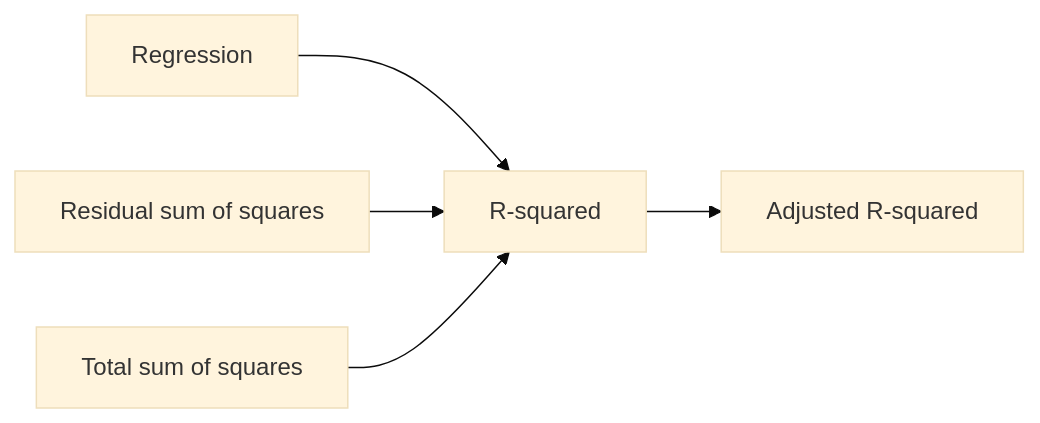
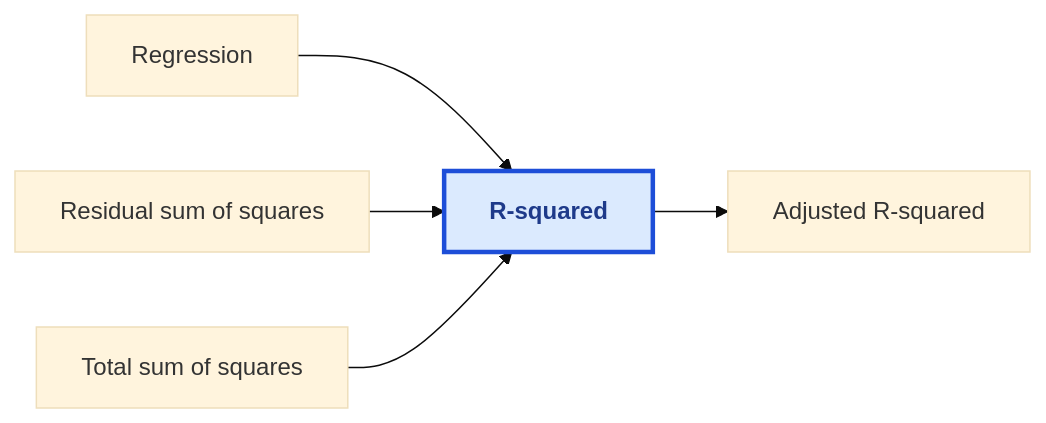
Before and after one commit to ilwon-seo/terms: the diagram in R/R-squared.md, drawn with Mermaid (base theme). The commit also changed 18 other files, not shown here.

Commit message:
Standardize current-term Mermaid styling

````diff
--- a/R/R-squared.md
+++ b/R/R-squared.md
@@ -71,13 +71,15 @@
 ```mermaid
 flowchart LR
   regression["Regression"]
   residuals["Residual sum of squares"]
   total["Total sum of squares"]
   r2["R-squared"]
   adjusted["Adjusted R-squared"]
 
   regression --> r2
   residuals --> r2
   total --> r2
   r2 --> adjusted
+  classDef currentTerm fill:#dbeafe,stroke:#1d4ed8,stroke-width:3px,color:#1e3a8a,font-weight:bold
+  class r2 currentTerm
 ```
````
